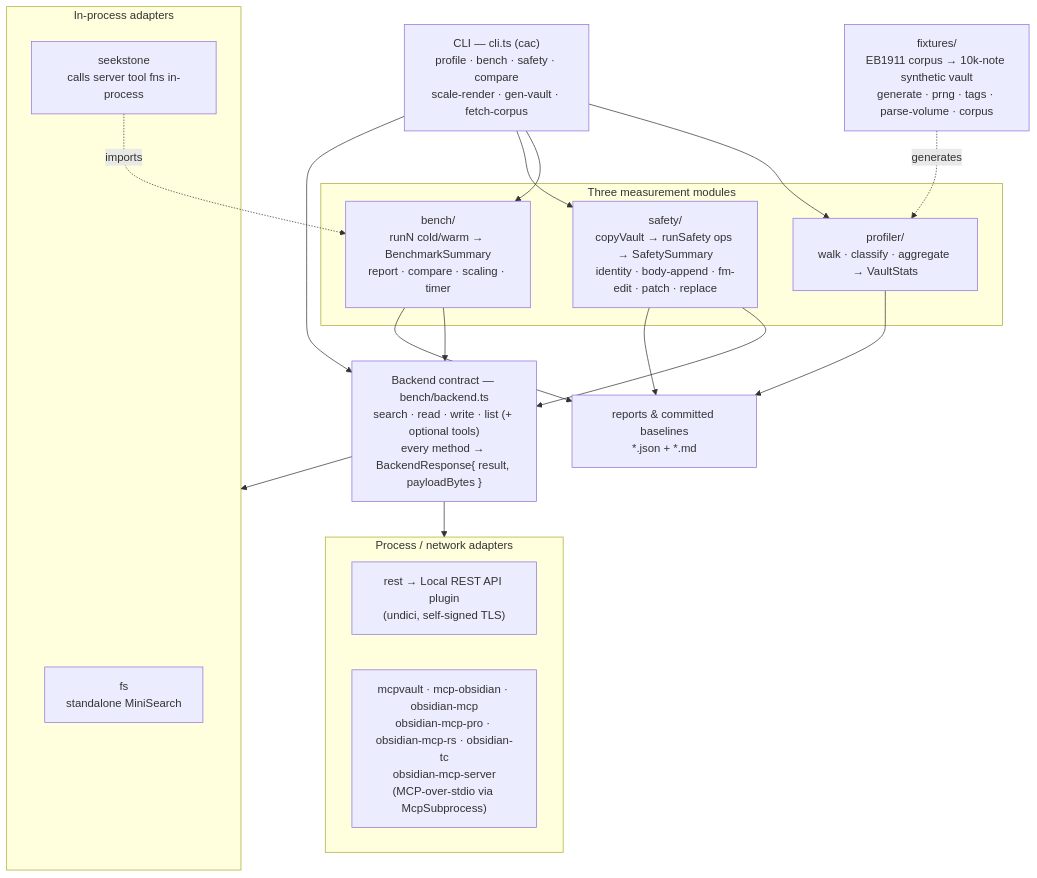
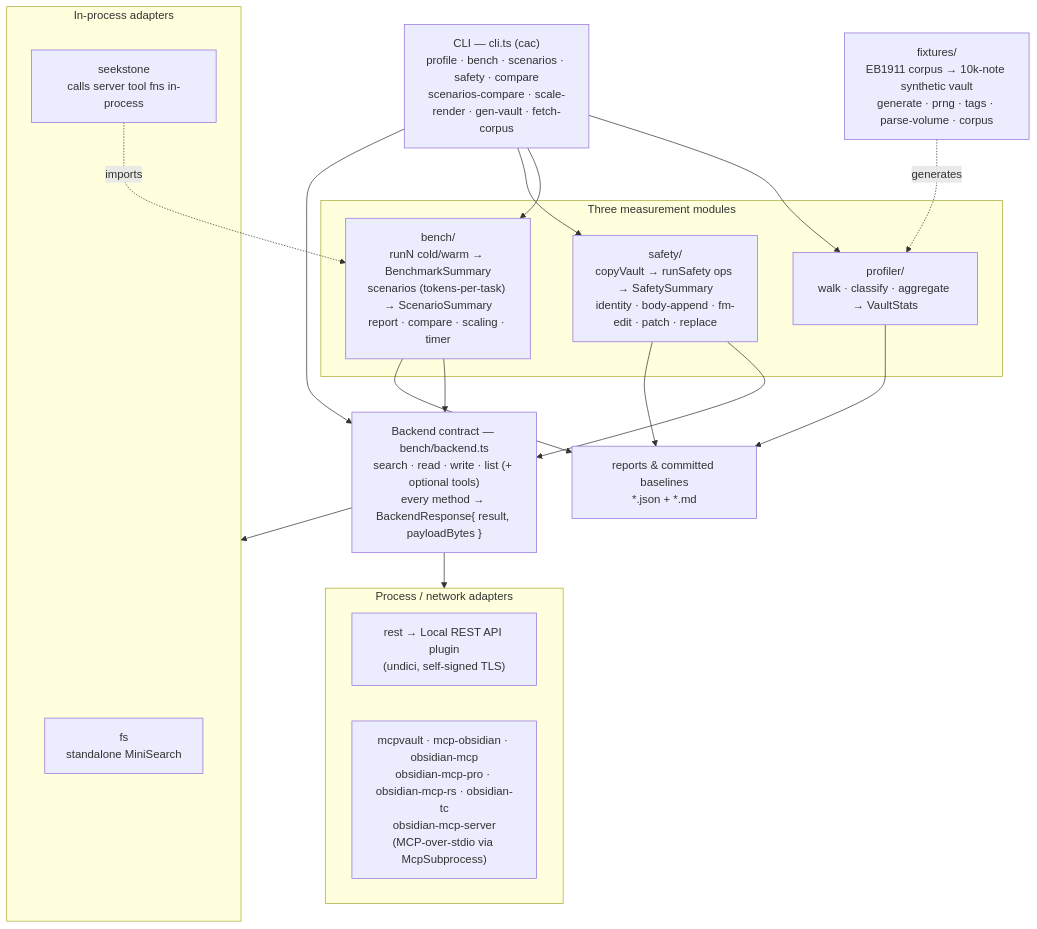
One commit to shaqmughal/seekstone changed the fourth of 5 diagrams in docs/ARCHITECTURE.md. Above: the diagram before and after it, drawn with Mermaid. The commit also changed 30 other files, not shown here.

First line of the commit message:
feat(harness): tokens-per-task scenario benchmark (SHA-274) (#232)

````diff
--- a/docs/ARCHITECTURE.md
+++ b/docs/ARCHITECTURE.md
@@ -184,38 +184,38 @@
 ```mermaid
 flowchart TD
-    cli["CLI — cli.ts (cac)<br/>profile · bench · safety · compare<br/>scale-render · gen-vault · fetch-corpus"]
+    cli["CLI — cli.ts (cac)<br/>profile · bench · scenarios · safety · compare<br/>scenarios-compare · scale-render · gen-vault · fetch-corpus"]
 
     backend["Backend contract — bench/backend.ts<br/>search · read · write · list (+ optional tools)<br/>every method → BackendResponse{ result, payloadBytes }"]
 
     subgraph inproc["In-process adapters"]
         fs["fs<br/>standalone MiniSearch"]
         seek["seekstone<br/>calls server tool fns in-process"]
     end
     subgraph extern["Process / network adapters"]
         rest["rest → Local REST API plugin<br/>(undici, self-signed TLS)"]
         mcp["mcpvault · mcp-obsidian · obsidian-mcp<br/>obsidian-mcp-pro · obsidian-mcp-rs · obsidian-tc<br/>obsidian-mcp-server<br/>(MCP-over-stdio via McpSubprocess)"]
     end
 
     subgraph modules["Three measurement modules"]
         profiler["profiler/<br/>walk · classify · aggregate → VaultStats"]
-        bench["bench/<br/>runN cold/warm → BenchmarkSummary<br/>report · compare · scaling · timer"]
+        bench["bench/<br/>runN cold/warm → BenchmarkSummary<br/>scenarios (tokens-per-task) → ScenarioSummary<br/>report · compare · scaling · timer"]
         safety["safety/<br/>copyVault → runSafety ops → SafetySummary<br/>identity · body-append · fm-edit · patch · replace"]
     end
 
     fixtures["fixtures/<br/>EB1911 corpus → 10k-note synthetic vault<br/>generate · prng · tags · parse-volume · corpus"]
     reports["reports & committed baselines<br/>*.json + *.md"]
 
     cli --> profiler
     cli --> bench
     cli --> safety
     cli --> backend
     backend --> inproc
     backend --> extern
     bench --> backend
     safety --> backend
     bench --> reports
     safety --> reports
     profiler --> reports
     fixtures -. generates .-> profiler
     seek -. imports .-> bench
 ```
````
